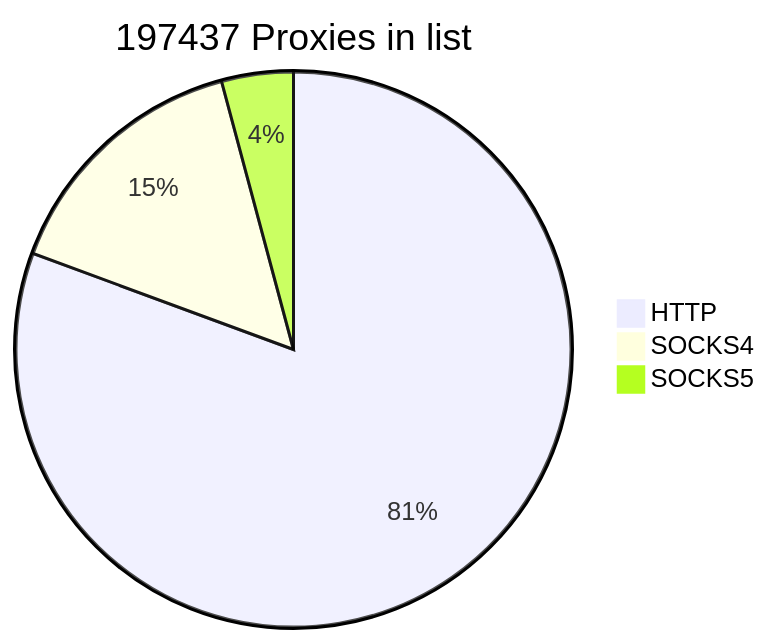
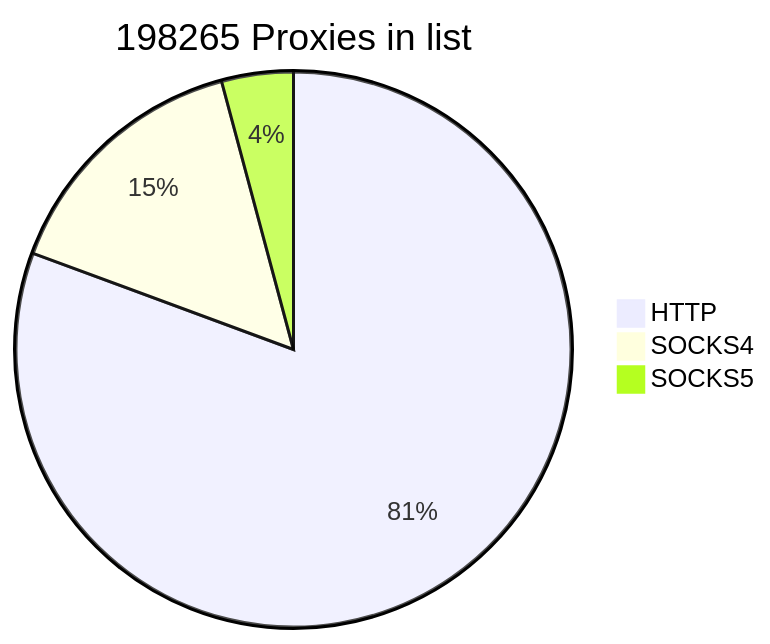
Before and after one commit to cutipu/proxylist: the first of 2 diagrams in README.md, drawn with Mermaid. The commit also changed other lines of this file, not shown here.

````diff
--- a/README.md
+++ b/README.md
@@ -2,7 +2,7 @@
 ```mermaid
-pie title 197437 Proxies in list
-    "HTTP" : 159180
-    "SOCKS4" : 30019
-    "SOCKS5" : 8238
+pie title 198265 Proxies in list
+    "HTTP" : 159858
+    "SOCKS4" : 30136
+    "SOCKS5" : 8271
             
 ```
````
